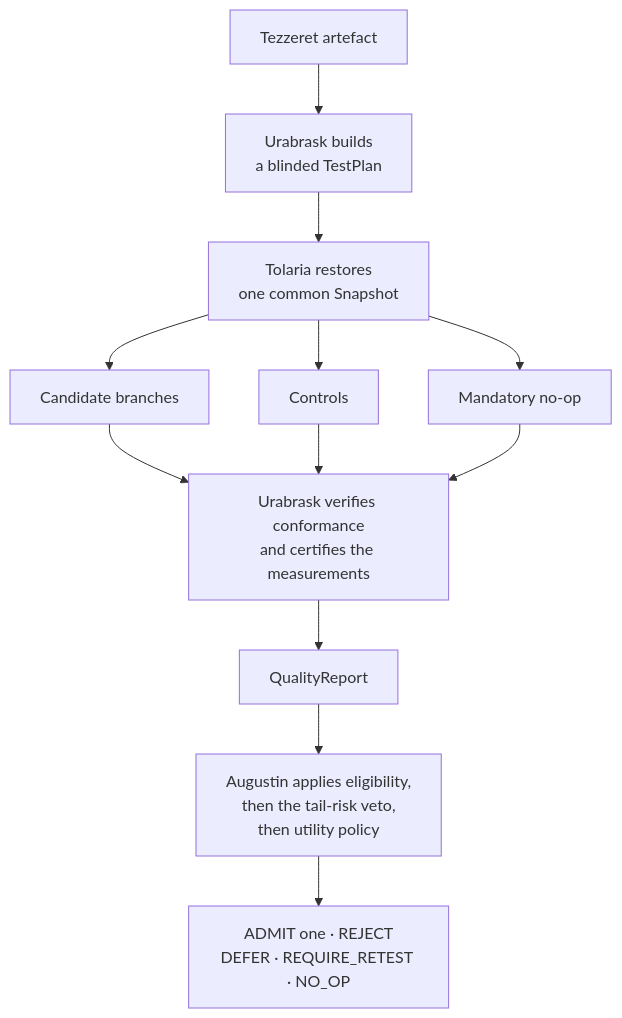
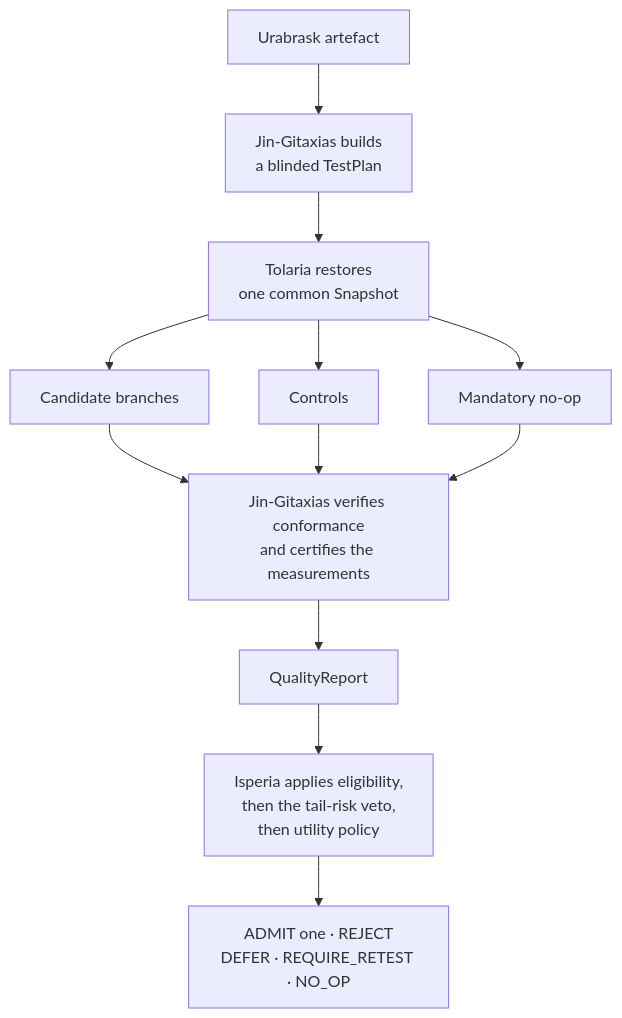
One commit to foundryside-dev/simic changed the diagram in tools/diagrams/assurance-loop.mmd. Above: the diagram before and after it, drawn with Mermaid. The commit also changed 72 other files, not shown here.

```diff
--- a/tools/diagrams/assurance-loop.mmd
+++ b/tools/diagrams/assurance-loop.mmd
@@ -1,23 +1,23 @@
 %% Candidate assurance and adjudication loop — architecture.html
 %% Source: docs/design/04-architecture.md §7.4.
 %% Rendered by build.sh; do not hand-edit the generated SVGs.
 flowchart TD
-    ART["Tezzeret artefact"] --> PLAN["Urabrask builds<br/>a blinded TestPlan"]
+    ART["Urabrask artefact"] --> PLAN["Jin-Gitaxias builds<br/>a blinded TestPlan"]
     PLAN --> TOL["Tolaria restores<br/>one common Snapshot"]
 
     %% One rank of matched branches over an identical future. Deliberately not
     %% a subgraph: mermaid ignores a subgraph's `direction` once edges cross
     %% its boundary, which stacked these three vertically instead.
     TOL --> BC["Candidate branches"]
     TOL --> BK["Controls"]
     TOL --> BN["Mandatory no-op"]
 
     BC --> CERT
     BK --> CERT
     BN --> CERT
 
-    CERT["Urabrask verifies conformance<br/>and certifies the measurements"] --> QR["QualityReport"]
-    QR --> AUG["Augustin applies eligibility,<br/>then the tail-risk veto,<br/>then utility policy"]
-    AUG --> VERD["ADMIT one · REJECT<br/>DEFER · REQUIRE_RETEST · NO_OP"]
+    CERT["Jin-Gitaxias verifies conformance<br/>and certifies the measurements"] --> QR["QualityReport"]
+    QR --> ISP["Isperia applies eligibility,<br/>then the tail-risk veto,<br/>then utility policy"]
+    ISP --> VERD["ADMIT one · REJECT<br/>DEFER · REQUIRE_RETEST · NO_OP"]
 
     class BN accent
```
